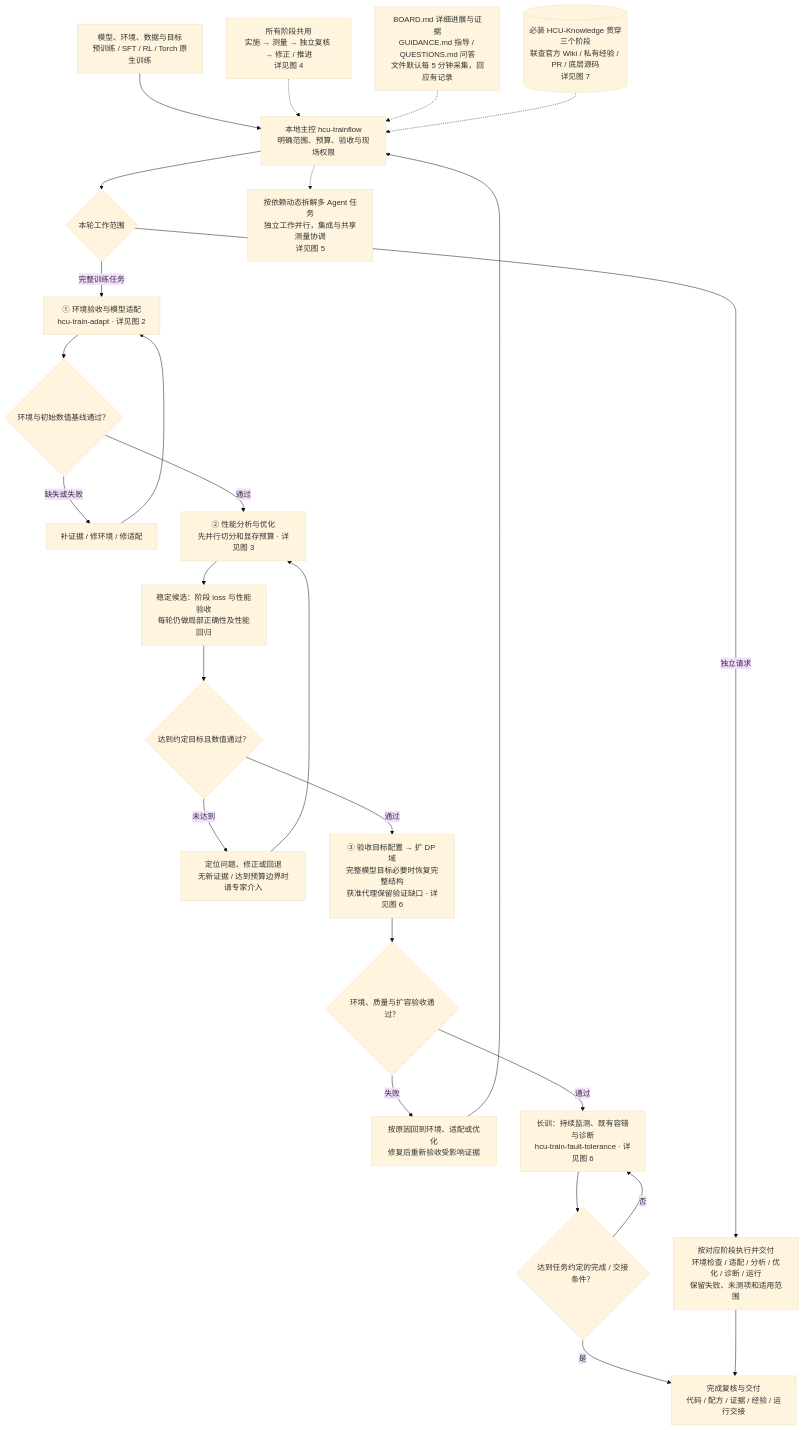
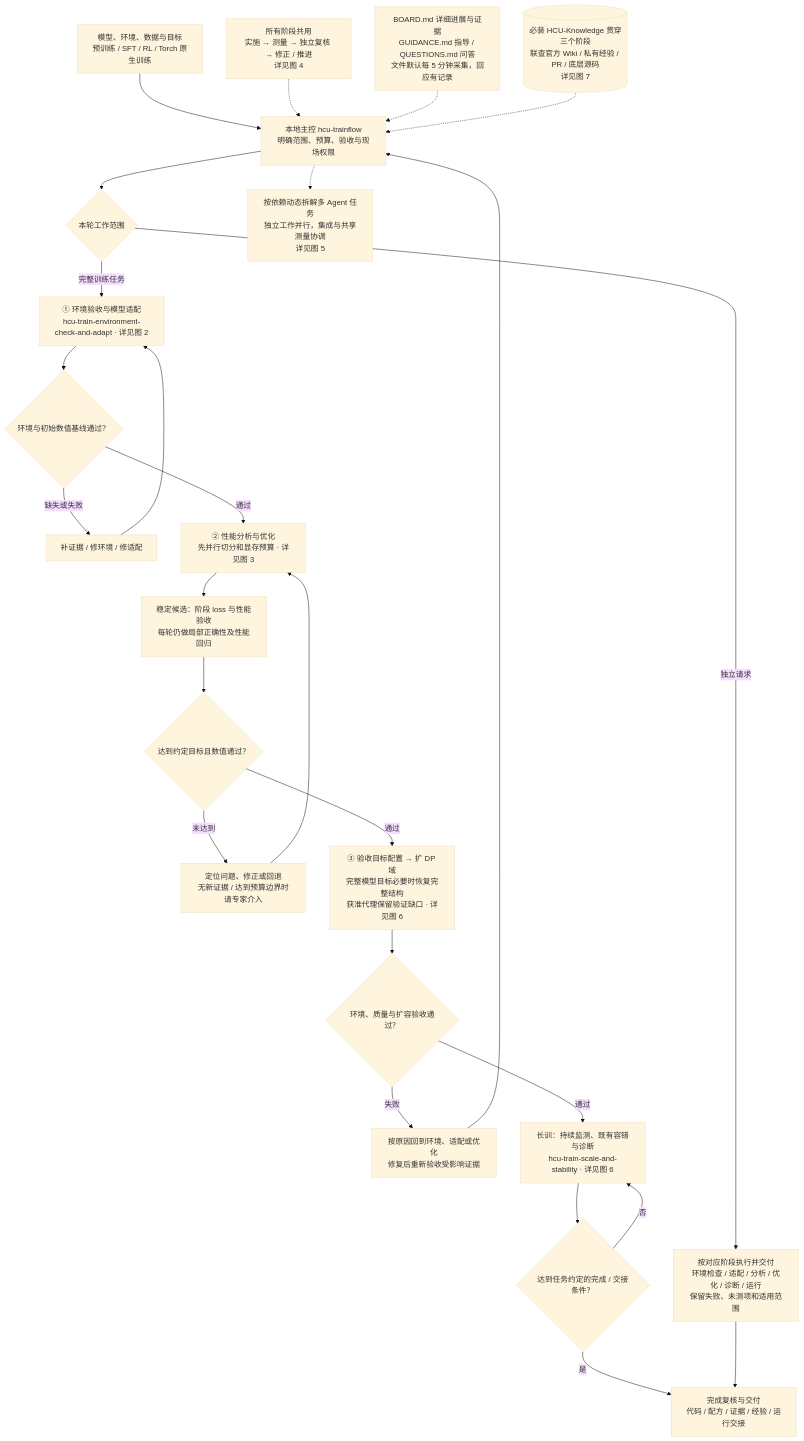
One commit to yuguo-Jack/HCU-TrainFlow changed the first of 12 diagrams in docs/workflow-map.md. Above: the diagram before and after it, drawn with Mermaid (base theme). The commit also changed other lines of this file and 35 other files, not shown here.

````diff
--- a/docs/workflow-map.md
+++ b/docs/workflow-map.md
@@ -11,28 +11,28 @@
 ```mermaid
 flowchart TD
     U["模型、环境、数据与目标<br/>预训练 / SFT / RL / Torch 原生训练"] --> C["本地主控 hcu-trainflow<br/>明确范围、预算、验收与现场权限"]
     C --> SCOPE{"本轮工作范围"}
-    SCOPE -->|完整训练任务| A["① 环境验收与模型适配<br/>hcu-train-adapt · 详见图 2"]
+    SCOPE -->|完整训练任务| A["① 环境验收与模型适配<br/>hcu-train-environment-check-and-adapt · 详见图 2"]
     SCOPE -->|独立请求| PART["按对应阶段执行并交付<br/>环境检查 / 适配 / 分析 / 优化 / 诊断 / 运行<br/>保留失败、未测项和适用范围"]
     A --> AG{"环境与初始数值基线通过？"}
     AG -->|缺失或失败| AR["补证据 / 修环境 / 修适配"]
     AR --> A
     AG -->|通过| O["② 性能分析与优化<br/>先并行切分和显存预算 · 详见图 3"]
     O --> Q["稳定候选：阶段 loss 与性能验收<br/>每轮仍做局部正确性及性能回归"]
     Q --> QG{"达到约定目标且数值通过？"}
     QG -->|未达到| OR["定位问题、修正或回退<br/>无新证据 / 达到预算边界时请专家介入"]
     OR --> O
     QG -->|通过| S["③ 验收目标配置 → 扩 DP 域<br/>完整模型目标必要时恢复完整结构<br/>获准代理保留验证缺口 · 详见图 6"]
     S --> SG{"环境、质量与扩容验收通过？"}
     SG -->|失败| SR["按原因回到环境、适配或优化<br/>修复后重新验收受影响证据"]
     SR --> C
-    SG -->|通过| T["长训：持续监测、既有容错与诊断<br/>hcu-train-fault-tolerance · 详见图 6"]
+    SG -->|通过| T["长训：持续监测、既有容错与诊断<br/>hcu-train-scale-and-stability · 详见图 6"]
     T --> TG{"达到任务约定的完成 / 交接条件？"}
     TG -->|否| T
     TG -->|是| Z["完成复核与交付<br/>代码 / 配方 / 证据 / 经验 / 运行交接"]
     PART --> Z
     LOOP["所有阶段共用<br/>实施 → 测量 → 独立复核 → 修正 / 推进<br/>详见图 4"] -.-> C
     H["BOARD.md 详细进展与证据<br/>GUIDANCE.md 指导 / QUESTIONS.md 问答<br/>文件默认每 5 分钟采集，回应有记录"] -.-> C
     K[("必装 HCU-Knowledge 贯穿三个阶段<br/>联查官方 Wiki / 私有经验 / PR / 底层源码<br/>详见图 7")] -.-> C
     C -.-> TEAM["按依赖动态拆解多 Agent 任务<br/>独立工作并行，集成与共享测量协调<br/>详见图 5"]
 ```
````
